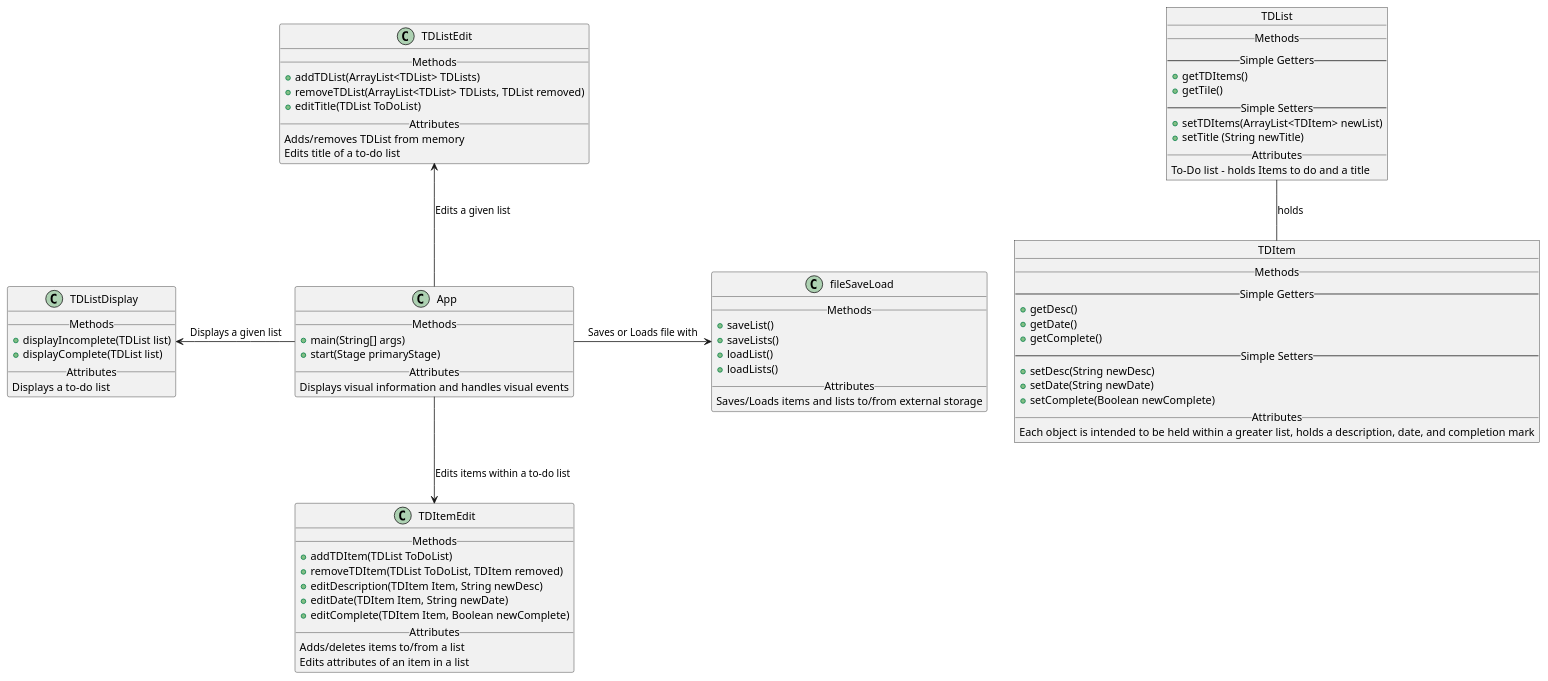
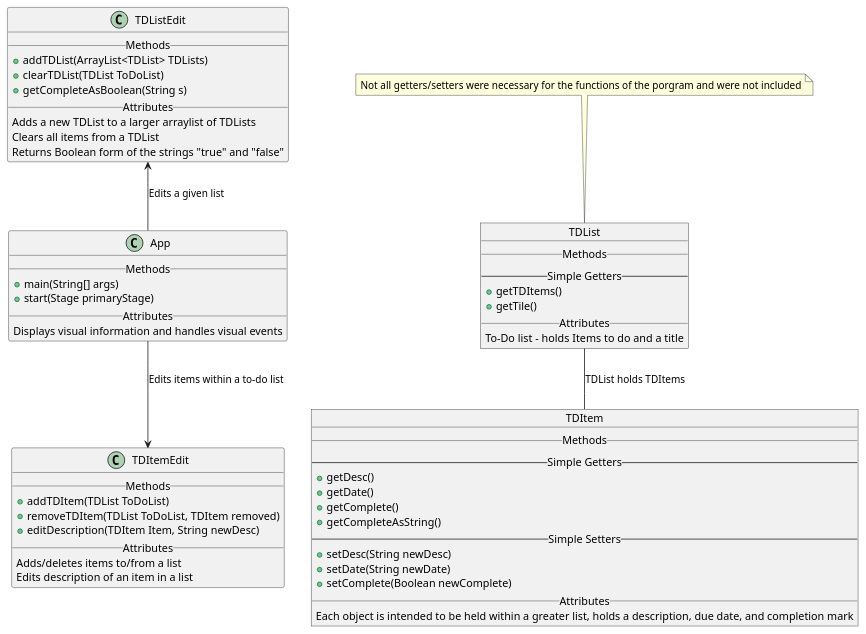
One commit to LukeFaulknerr/Faulkner-cop3330-assignment4part2 changed the diagram in src/main/java/To Do List.puml. Above: the diagram before and after it, drawn with PlantUML. The commit also changed 20 other files, not shown here.

```diff
--- a/src/main/java/To Do List.puml
+++ b/src/main/java/To Do List.puml
@@ -1,85 +1,63 @@
 @startuml
 'https://plantuml.com/sequence-diagram
 
 class "App" as App {
     __Methods__
     +main(String[] args)
     +start(Stage primaryStage)
     __Attributes__
     Displays visual information and handles visual events
 }
 
-class "fileSaveLoad" as fileSaveLoad {
-    __Methods__
-    +saveList()
-    +saveLists()
-    +loadList()
-    +loadLists()
-    __Attributes__
-    Saves/Loads items and lists to/from external storage
-}
-
 class "TDItemEdit" as TDItemEdit {
     __Methods__
     +addTDItem(TDList ToDoList)
     +removeTDItem(TDList ToDoList, TDItem removed)
     +editDescription(TDItem Item, String newDesc)
-    +editDate(TDItem Item, String newDate)
-    +editComplete(TDItem Item, Boolean newComplete)
     __Attributes__
     Adds/deletes items to/from a list
-    Edits attributes of an item in a list
-}
-
-class "TDListDisplay" as TDListDisplay {
-    __Methods__
-    +displayIncomplete(TDList list)
-    +displayComplete(TDList list)
-    __Attributes__
-    Displays a to-do list
+    Edits description of an item in a list
 }
 
 class "TDListEdit" as TDListEdit {
     __Methods__
     +addTDList(ArrayList<TDList> TDLists)
-    +removeTDList(ArrayList<TDList> TDLists, TDList removed)
-    +editTitle(TDList ToDoList)
+    +clearTDList(TDList ToDoList)
+    +getCompleteAsBoolean(String s)
     __Attributes__
-    Adds/removes TDList from memory
-    Edits title of a to-do list
+    Adds a new TDList to a larger arraylist of TDLists
+    Clears all items from a TDList
+    Returns Boolean form of the strings "true" and "false"
 }
 
 object TDItem {
     __Methods__
     --Simple Getters--
     +getDesc()
     +getDate()
     +getComplete()
+    +getCompleteAsString()
     --Simple Setters--
     +setDesc(String newDesc)
     +setDate(String newDate)
     +setComplete(Boolean newComplete)
     __Attributes__
-    Each object is intended to be held within a greater list, holds a description, date, and completion mark
+    Each object is intended to be held within a greater list, holds a description, due date, and completion mark
 }
 
 object TDList {
     __Methods__
     --Simple Getters--
     +getTDItems()
     +getTile()
-    --Simple Setters--
-    +setTDItems(ArrayList<TDItem> newList)
-    +setTitle (String newTitle)
     __Attributes__
     To-Do list - holds Items to do and a title
 }
 
-App -right-> "fileSaveLoad" : Saves or Loads file with
 App --> "TDItemEdit" : Edits items within a to-do list
-App-left->"TDListDisplay" : Displays a given list
 App -up-> "TDListEdit" : Edits a given list
-TDList -- TDItem : holds
+TDList -- TDItem : TDList holds TDItems
+note top of TDList : Not all getters/setters were necessary for the functions of the porgram and were not included
 
 
 @enduml
```
